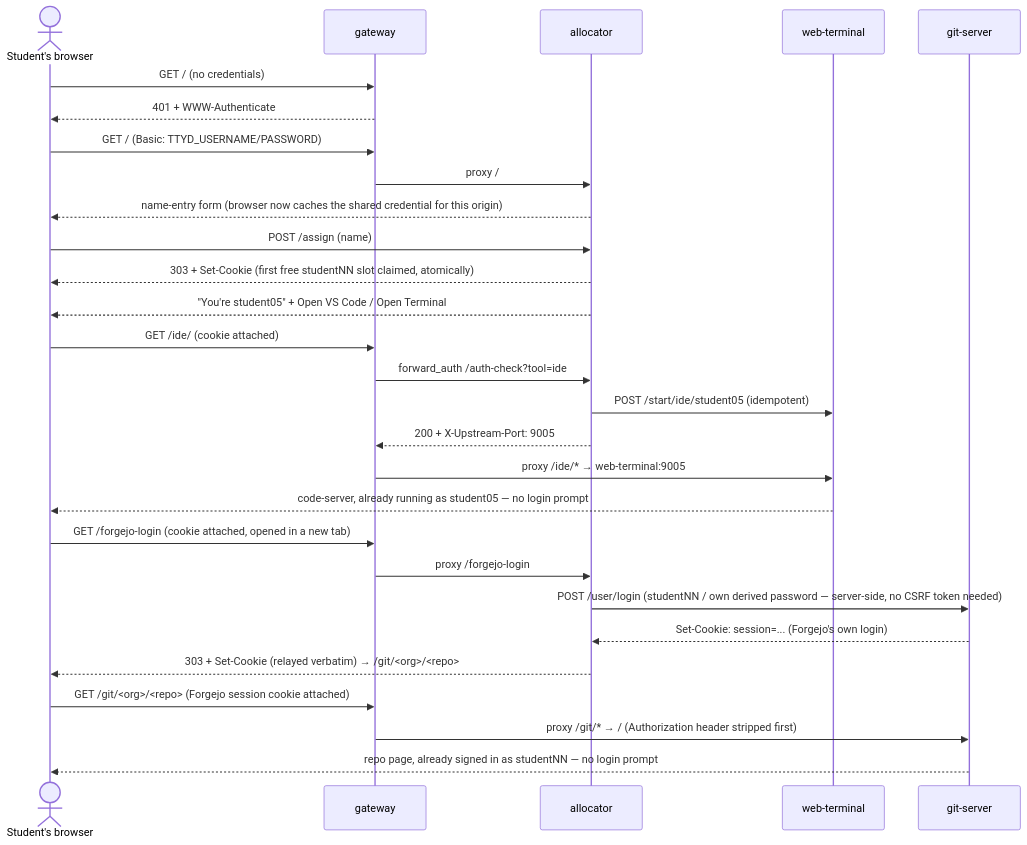
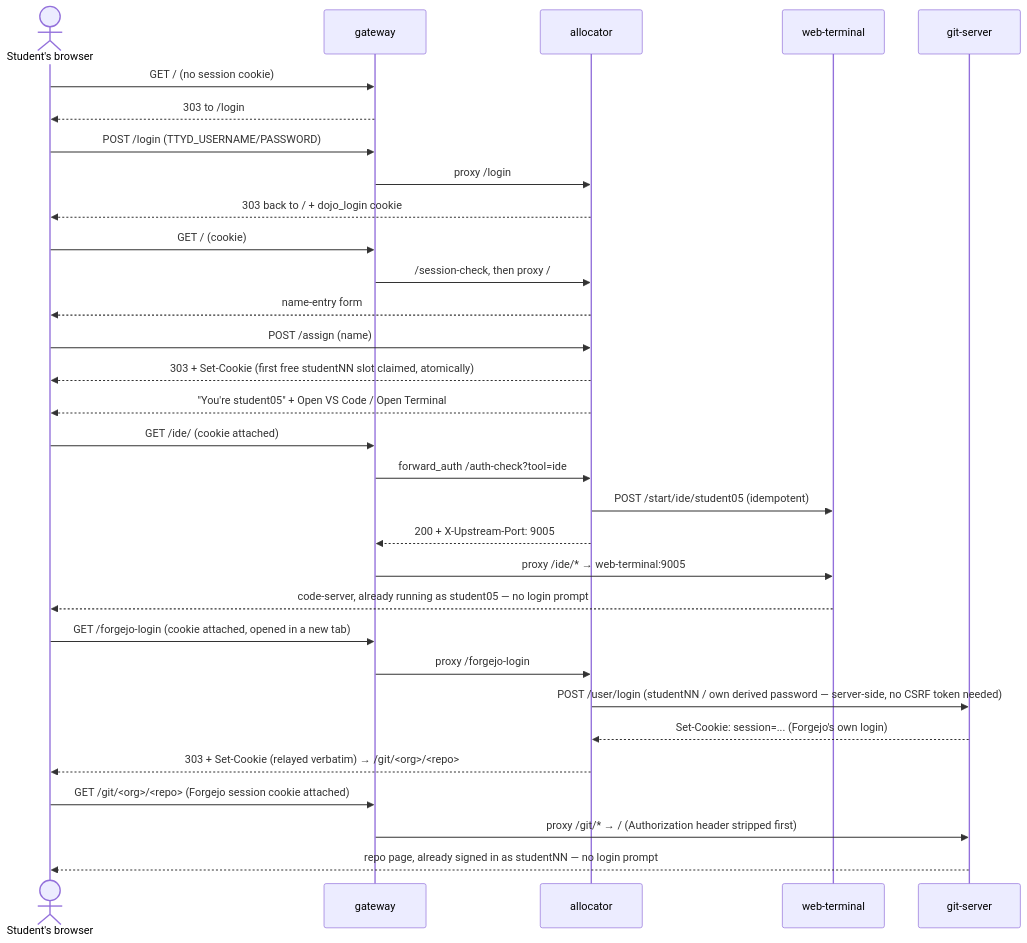
One commit to fiddler110/GitOps_Dojo changed the second of 3 diagrams in engine/README.md. Above: the diagram before and after it, drawn with Mermaid. The commit also changed other lines of this file and 25 other files, not shown here.

First line of the commit message:
Front door: a styled /login page replaces the browser Basic Auth popup

````diff
--- a/engine/README.md
+++ b/engine/README.md
@@ -102,35 +102,38 @@
 ```mermaid
 sequenceDiagram
     actor S as Student's browser
     participant GW as gateway
     participant AL as allocator
     participant WT as web-terminal
     participant GS as git-server
 
-    S->>GW: GET / (no credentials)
-    GW-->>S: 401 + WWW-Authenticate
-    S->>GW: GET / (Basic: TTYD_USERNAME/PASSWORD)
-    GW->>AL: proxy /
-    AL-->>S: name-entry form (browser now caches the shared credential for this origin)
+    S->>GW: GET / (no session cookie)
+    GW-->>S: 303 to /login
+    S->>GW: POST /login (TTYD_USERNAME/PASSWORD)
+    GW->>AL: proxy /login
+    AL-->>S: 303 back to / + dojo_login cookie
+    S->>GW: GET / (cookie)
+    GW->>AL: /session-check, then proxy /
+    AL-->>S: name-entry form
 
     S->>AL: POST /assign (name)
     AL-->>S: 303 + Set-Cookie (first free studentNN slot claimed, atomically)
     AL-->>S: "You're student05" + Open VS Code / Open Terminal
 
     S->>GW: GET /ide/ (cookie attached)
     GW->>AL: forward_auth /auth-check?tool=ide
     AL->>WT: POST /start/ide/student05 (idempotent)
     AL-->>GW: 200 + X-Upstream-Port: 9005
     GW->>WT: proxy /ide/* → web-terminal:9005
     WT-->>S: code-server, already running as student05 — no login prompt
 
     S->>GW: GET /forgejo-login (cookie attached, opened in a new tab)
     GW->>AL: proxy /forgejo-login
     AL->>GS: POST /user/login (studentNN / own derived password — server-side, no CSRF token needed)
     GS-->>AL: Set-Cookie: session=... (Forgejo's own login)
     AL-->>S: 303 + Set-Cookie (relayed verbatim) → /git/<org>/<repo>
 
     S->>GW: GET /git/<org>/<repo> (Forgejo session cookie attached)
     GW->>GS: proxy /git/* → / (Authorization header stripped first)
     GS-->>S: repo page, already signed in as studentNN — no login prompt
 ```
````
